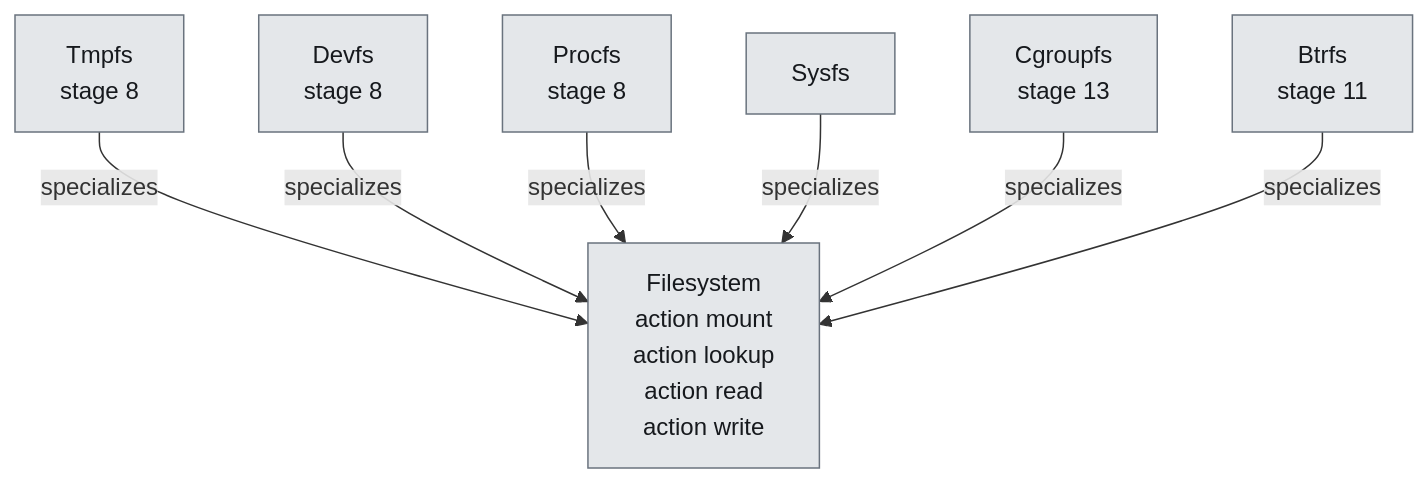
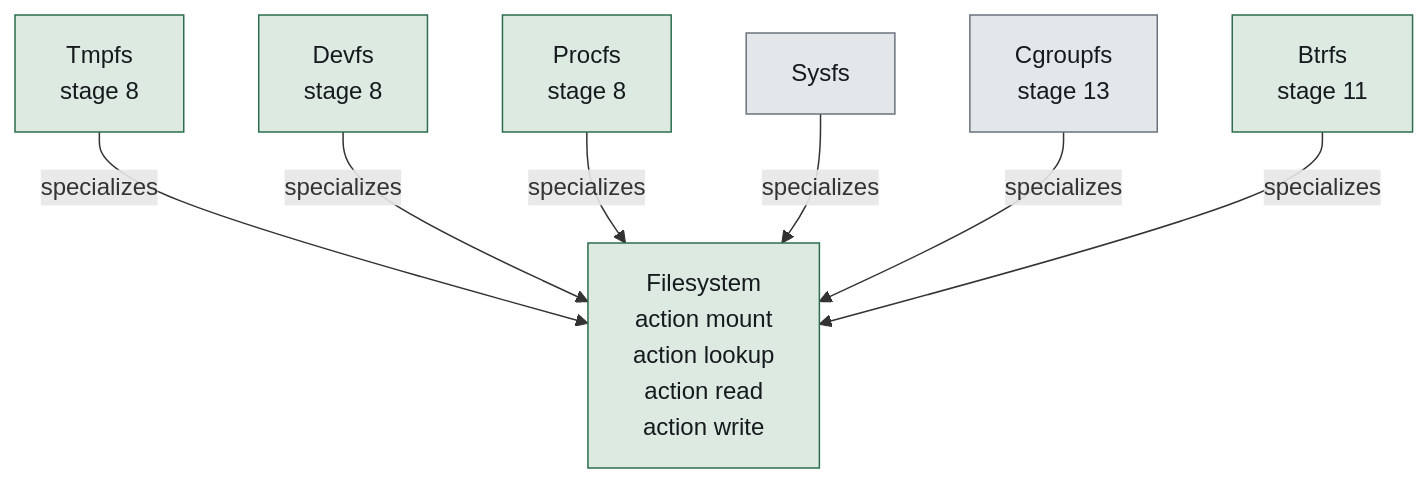
Before and after one commit to SetZero/ferrix: diagram 15 of 20 in docs/generated/ARCHITECTURE.md, drawn with Mermaid. The commit also changed other lines of this file and 12 other files, not shown here.

First line of the commit message:
Regenerate the architecture document from the model

````diff
--- a/docs/generated/ARCHITECTURE.md
+++ b/docs/generated/ARCHITECTURE.md
@@ -2215,18 +2319,20 @@
 ```mermaid
 flowchart TB
   n0_FerrixStorage_Filesystem["Filesystem<br>action mount<br>action lookup<br>action read<br>action write"]
   n1_FerrixStorage_Tmpfs["Tmpfs<br>stage 8"]
   n2_FerrixStorage_Devfs["Devfs<br>stage 8"]
   n3_FerrixStorage_Procfs["Procfs<br>stage 8"]
   n4_FerrixStorage_Sysfs["Sysfs"]
   n5_FerrixStorage_Cgroupfs["Cgroupfs<br>stage 13"]
   n6_FerrixStorage_Btrfs["Btrfs<br>stage 11"]
   n1_FerrixStorage_Tmpfs -- "specializes" --> n0_FerrixStorage_Filesystem
   n2_FerrixStorage_Devfs -- "specializes" --> n0_FerrixStorage_Filesystem
   n3_FerrixStorage_Procfs -- "specializes" --> n0_FerrixStorage_Filesystem
   n4_FerrixStorage_Sysfs -- "specializes" --> n0_FerrixStorage_Filesystem
   n5_FerrixStorage_Cgroupfs -- "specializes" --> n0_FerrixStorage_Filesystem
   n6_FerrixStorage_Btrfs -- "specializes" --> n0_FerrixStorage_Filesystem
+  classDef implemented fill:#dceae2,stroke:#2c6e4e,color:#16191d
   classDef planned fill:#e4e7ea,stroke:#6a737e,color:#16191d
-  class n0_FerrixStorage_Filesystem,n1_FerrixStorage_Tmpfs,n2_FerrixStorage_Devfs,n3_FerrixStorage_Procfs,n4_FerrixStorage_Sysfs,n5_FerrixStorage_Cgroupfs,n6_FerrixStorage_Btrfs planned
+  class n0_FerrixStorage_Filesystem,n1_FerrixStorage_Tmpfs,n2_FerrixStorage_Devfs,n3_FerrixStorage_Procfs,n6_FerrixStorage_Btrfs implemented
+  class n4_FerrixStorage_Sysfs,n5_FerrixStorage_Cgroupfs planned
 ```
````
